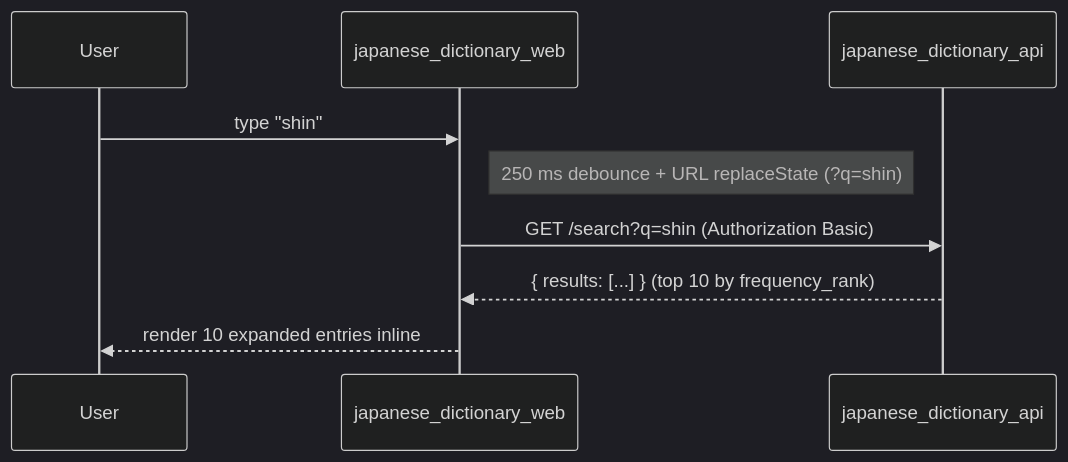
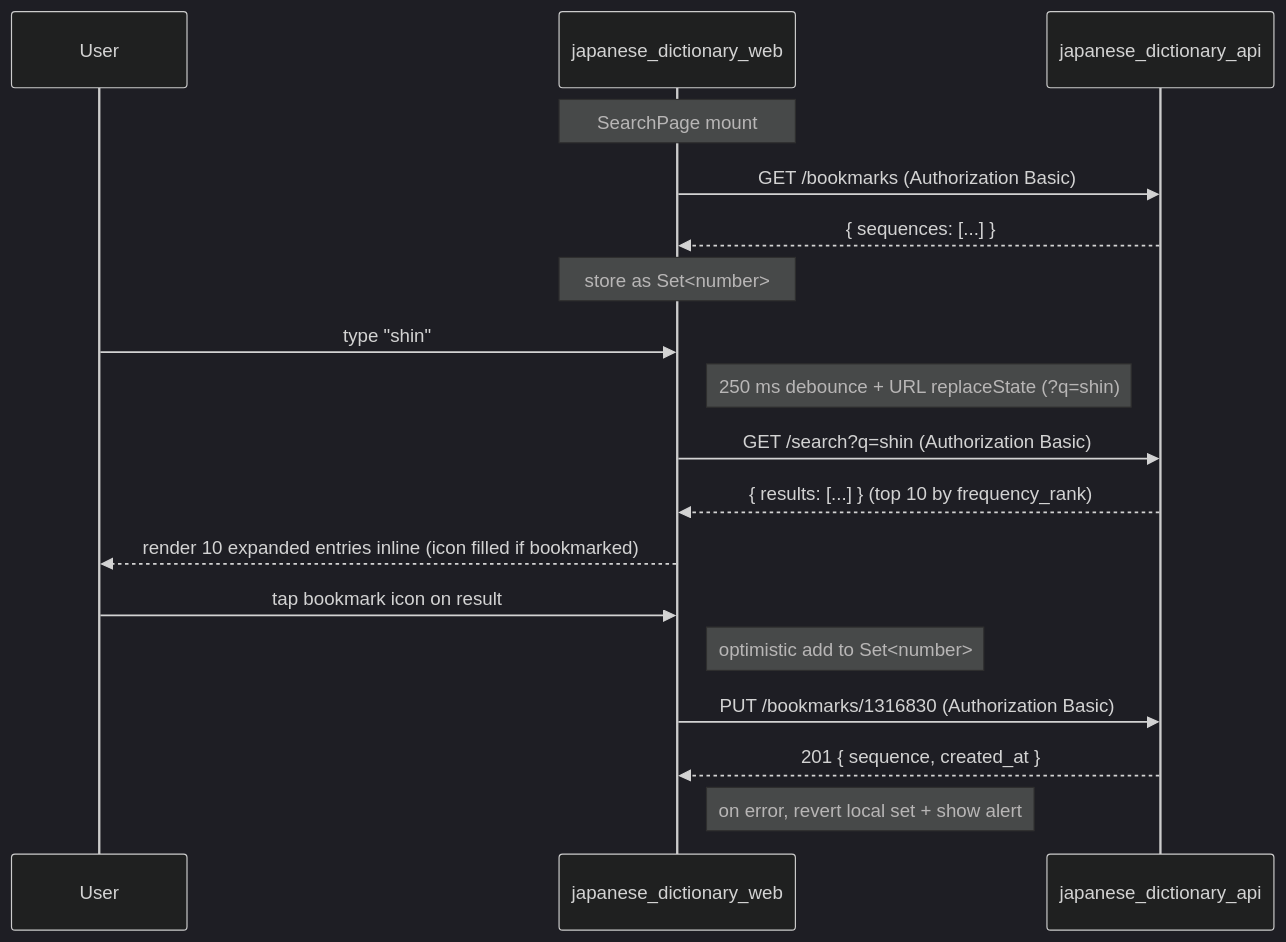
The second of 2 diagrams in japanese_dictionary_web/README.md (jordansimsmith/jordansimsmith-com), drawn with Mermaid (dark theme) before and after one commit. The commit also changed other lines of this file and 26 other files, not shown here.

First line of the commit message:
Add per-user bookmarks to japanese dictionary

````diff
--- a/japanese_dictionary_web/README.md
+++ b/japanese_dictionary_web/README.md
@@ -59,12 +64,23 @@
 ```mermaid
 sequenceDiagram
   participant user as User
   participant web as japanese_dictionary_web
   participant api as japanese_dictionary_api
 
+  Note over web: SearchPage mount
+  web->>api: GET /bookmarks (Authorization Basic)
+  api-->>web: { sequences: [...] }
+  Note over web: store as Set<number>
+
   user->>web: type "shin"
   Note right of web: 250 ms debounce + URL replaceState (?q=shin)
   web->>api: GET /search?q=shin (Authorization Basic)
   api-->>web: { results: [...] } (top 10 by frequency_rank)
-  web-->>user: render 10 expanded entries inline
+  web-->>user: render 10 expanded entries inline (icon filled if bookmarked)
+
+  user->>web: tap bookmark icon on result #1316830
+  Note right of web: optimistic add to Set<number>
+  web->>api: PUT /bookmarks/1316830 (Authorization Basic)
+  api-->>web: 201 { sequence, created_at }
+  Note right of web: on error, revert local set + show alert
 ```
````
